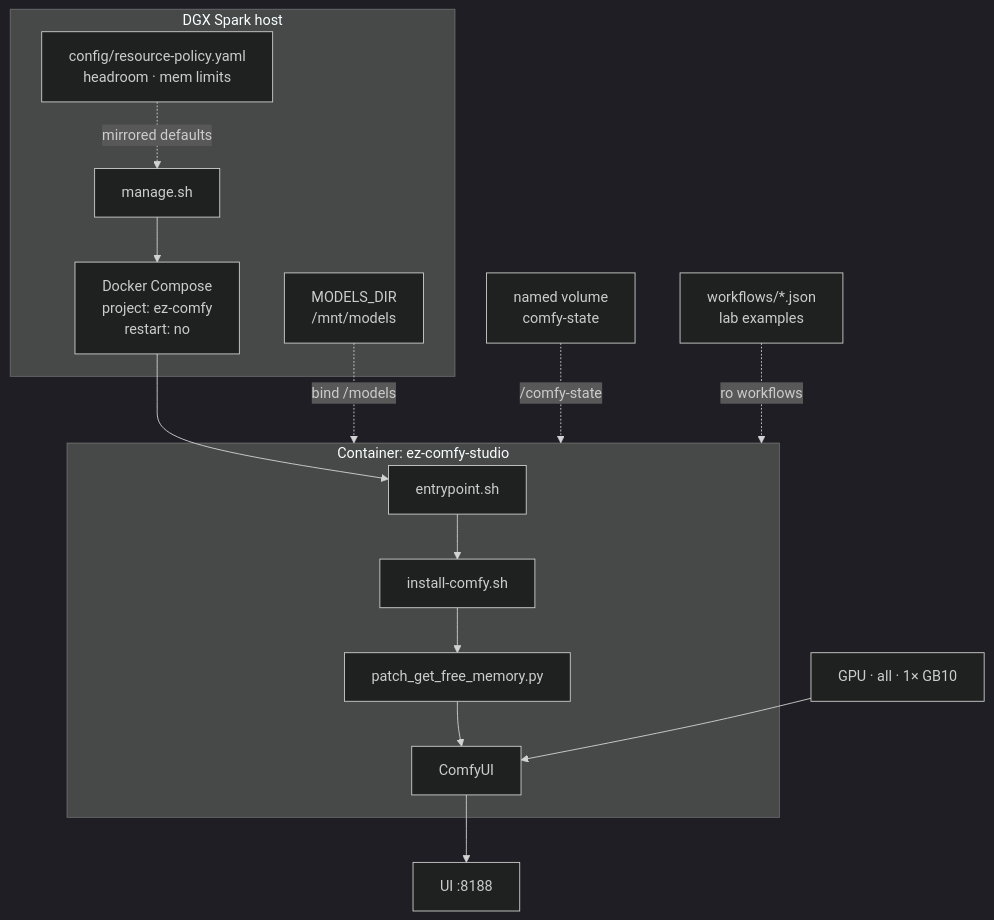
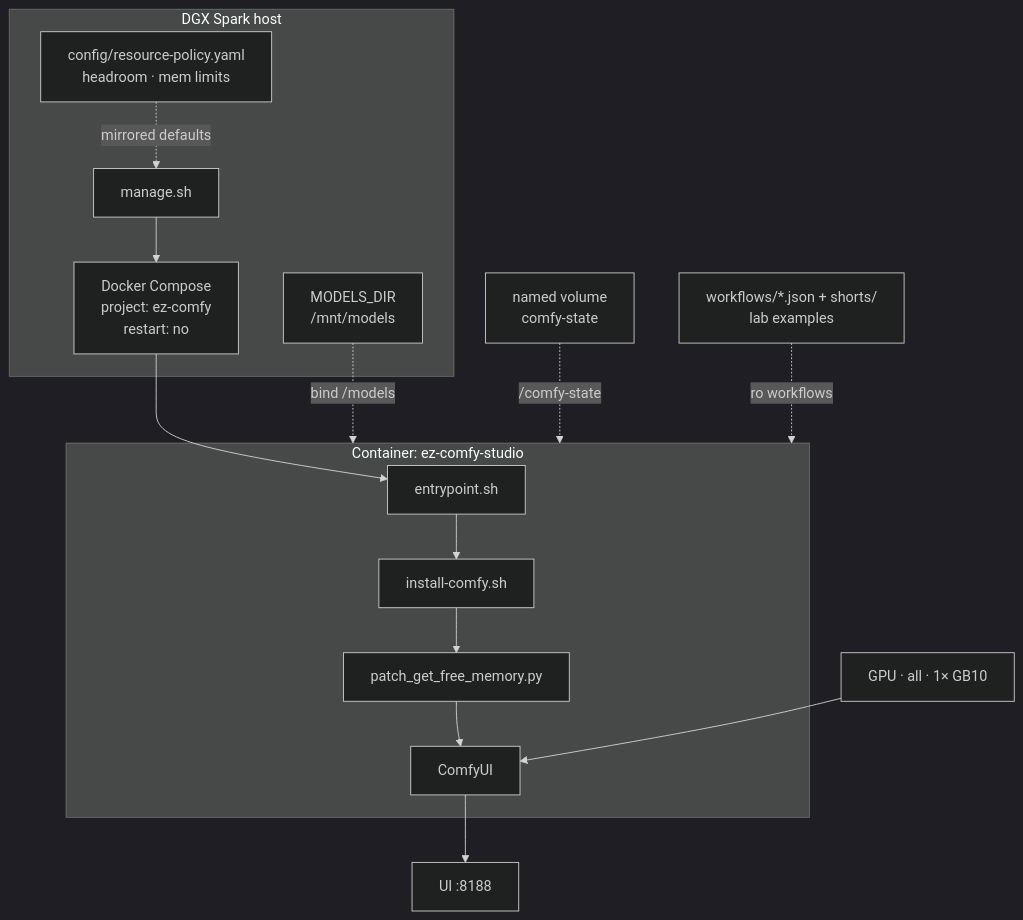
Before and after one commit to toxicoder/ez-comfy-stack: the first of 5 diagrams in docs/visual-generative-ai.md, drawn with Mermaid (dark theme). The commit also changed 9 other files, not shown here.

````diff
--- a/docs/visual-generative-ai.md
+++ b/docs/visual-generative-ai.md
@@ -31,31 +31,31 @@
 ```mermaid
 flowchart TB
   subgraph Host["DGX Spark host"]
     CLI["manage.sh"]
     Compose["Docker Compose<br/>project: ez-comfy<br/>restart: no"]
     Models["MODELS_DIR<br/>/mnt/models"]
     Policy["config/resource-policy.yaml<br/>headroom · mem limits"]
   end
 
   subgraph Ctr["Container: ez-comfy-studio"]
     EP["entrypoint.sh"]
     Install["install-comfy.sh"]
     Patch["patch_get_free_memory.py"]
     Comfy["ComfyUI"]
     EP --> Install --> Patch --> Comfy
   end
 
   Vol["named volume<br/>comfy-state"]
-  WF["workflows/*.json<br/>lab examples"]
+  WF["workflows/*.json + shorts/<br/>lab examples"]
   GPU["GPU · all · 1× GB10"]
   UI["UI :8188"]
 
   CLI --> Compose
   Compose --> EP
   Models -.->|bind /models| Ctr
   Vol -.->|/comfy-state| Ctr
   WF -.->|ro workflows| Ctr
   GPU --> Comfy
   Comfy --> UI
   Policy -.->|mirrored defaults| CLI
 ```
````
